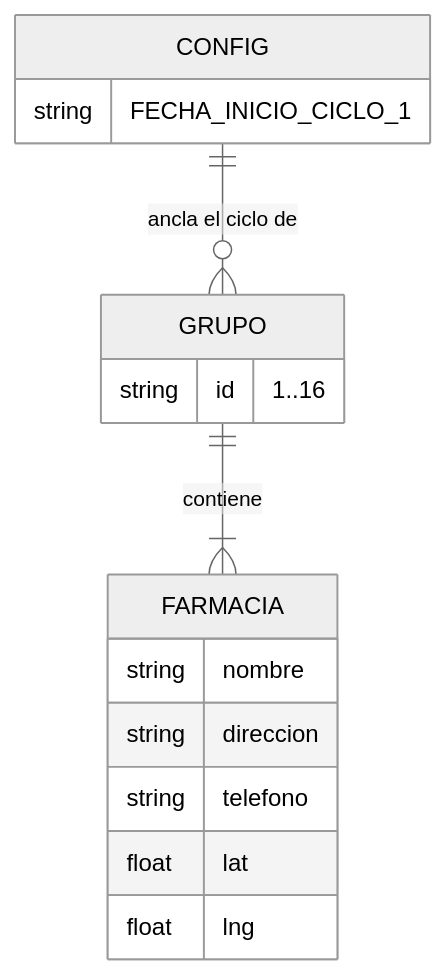
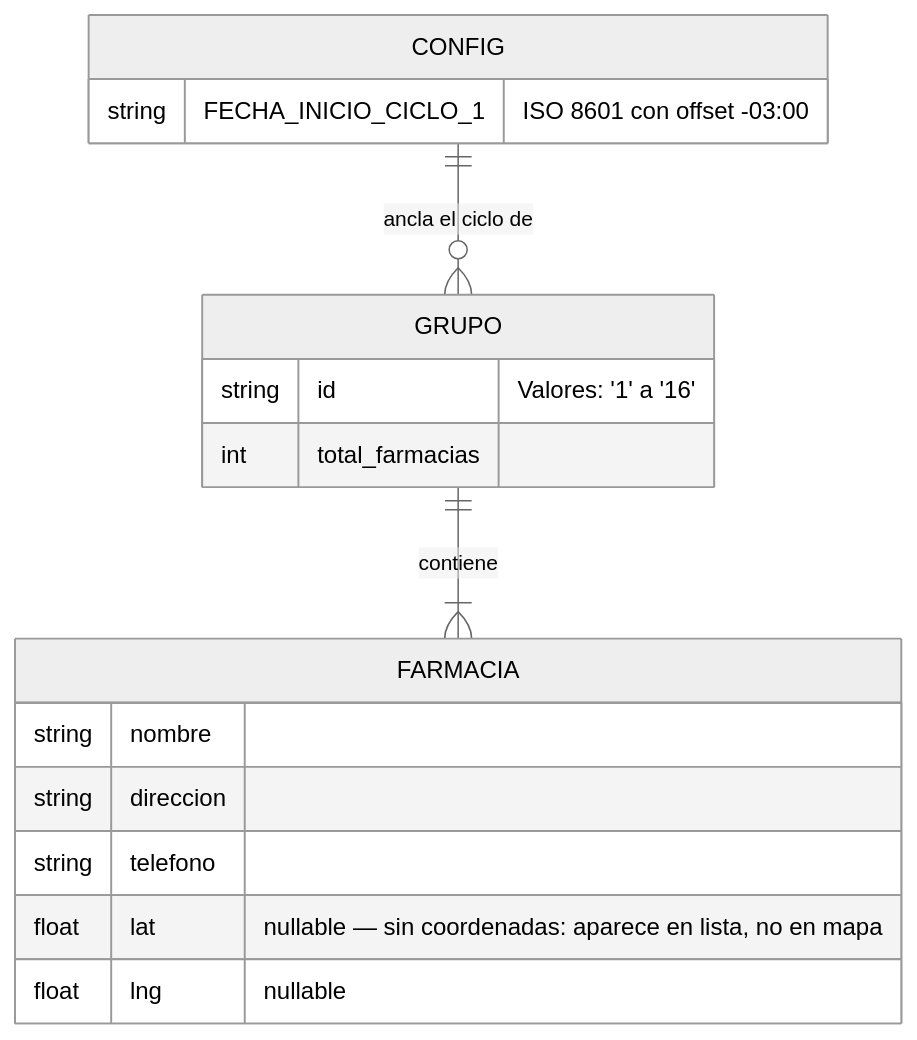
Before and after one commit to psbella/turnos: the fifth of 6 diagrams in README.md, drawn with Mermaid (neutral theme). The commit also changed other lines of this file, not shown here.

````diff
--- a/README.md
+++ b/README.md
@@ -268,21 +215,22 @@
 ```mermaid
 erDiagram
     CONFIG {
-        string FECHA_INICIO_CICLO_1
+        string FECHA_INICIO_CICLO_1 "ISO 8601 con offset -03:00"
     }
 
     GRUPO {
-        string id "1..16"
+        string id "Valores: '1' a '16'"
+        int total_farmacias
     }
 
     FARMACIA {
         string nombre
         string direccion
         string telefono
-        float lat
-        float lng
+        float  lat "nullable — sin coordenadas: aparece en lista, no en mapa"
+        float  lng "nullable"
     }
 
     CONFIG ||--o{ GRUPO : "ancla el ciclo de"
-    GRUPO ||--|{ FARMACIA : "contiene"
+    GRUPO  ||--|{ FARMACIA : "contiene"
 ```
````
